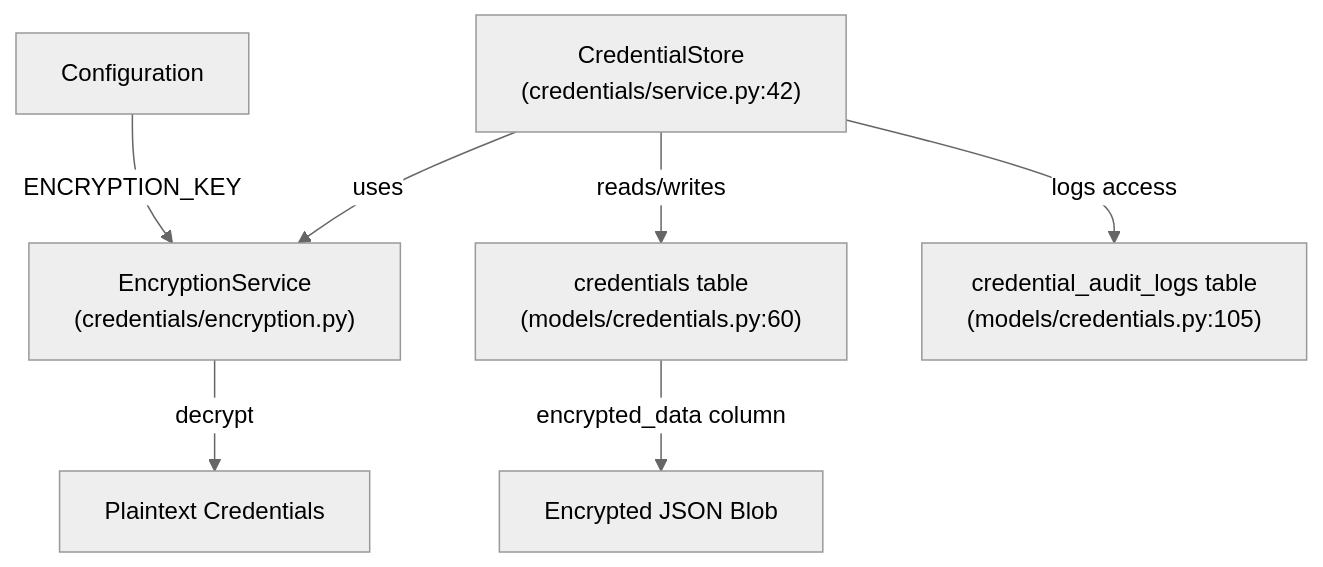
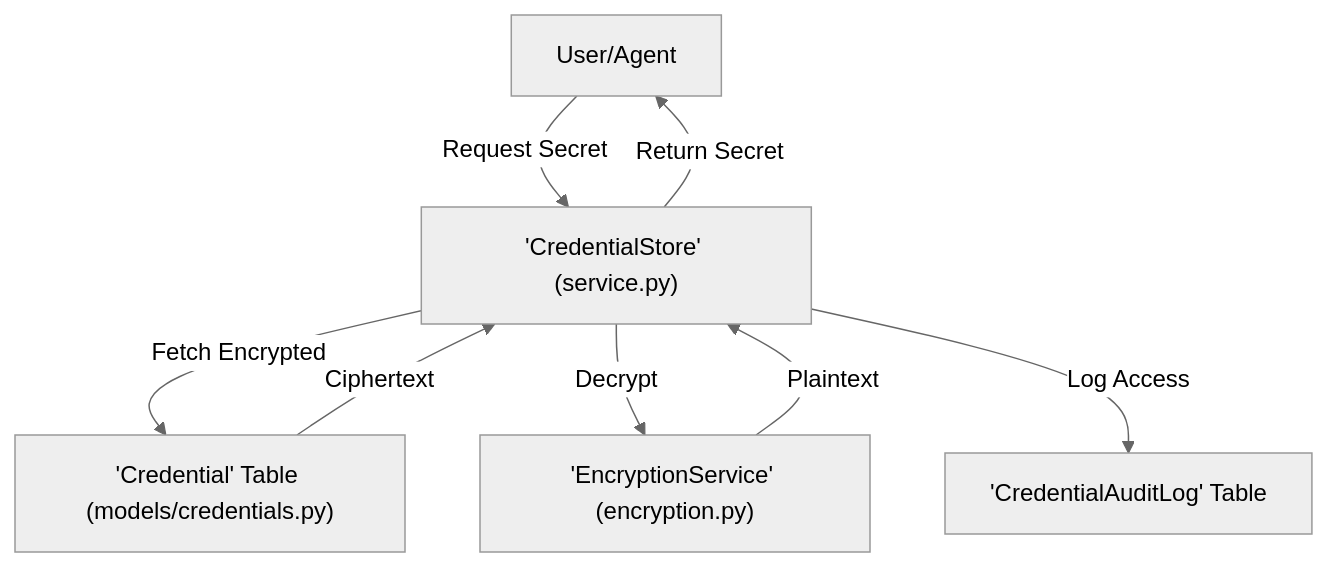
The third of 3 diagrams in docs/getting-started/configuration-guide.md (AutomatosAI/automatos-ai), drawn with Mermaid (neutral theme) before and after one commit. The commit also changed other lines of this file and 149 other files, not shown here.

Commit message:
docs: refresh documentation with graphify semantic scan

````diff
--- a/docs/getting-started/configuration-guide.md
+++ b/docs/getting-started/configuration-guide.md
@@ -445,16 +150,16 @@
 ```mermaid
 graph TB
-    Config["Configuration"]
-    CredStore["CredentialStore<br/>(credentials/service.py:42)"]
-    EncService["EncryptionService<br/>(credentials/encryption.py)"]
-    Database["credentials table<br/>(models/credentials.py:60)"]
-    AuditLog["credential_audit_logs table<br/>(models/credentials.py:105)"]
-    
-    Config -->|"ENCRYPTION_KEY"| EncService
-    CredStore -->|"uses"| EncService
-    CredStore -->|"reads/writes"| Database
-    CredStore -->|"logs access"| AuditLog
-    
-    Database -->|"encrypted_data column"| Encrypted["Encrypted JSON Blob"]
-    EncService -->|"decrypt"| Plaintext["Plaintext Credentials"]
+    User["User/Agent"]
+    Store["'CredentialStore' (service.py)"]
+    Encrypt["'EncryptionService' (encryption.py)"]
+    DB_Cred["'Credential' Table (models/credentials.py)"]
+    DB_Audit["'CredentialAuditLog' Table"]
+
+    User -->|"Request Secret"| Store
+    Store -->|"Fetch Encrypted"| DB_Cred
+    DB_Cred -->|"Ciphertext"| Store
+    Store -->|"Decrypt"| Encrypt
+    Encrypt -->|"Plaintext"| Store
+    Store -->|"Log Access"| DB_Audit
+    Store -->|"Return Secret"| User
 ```
````
